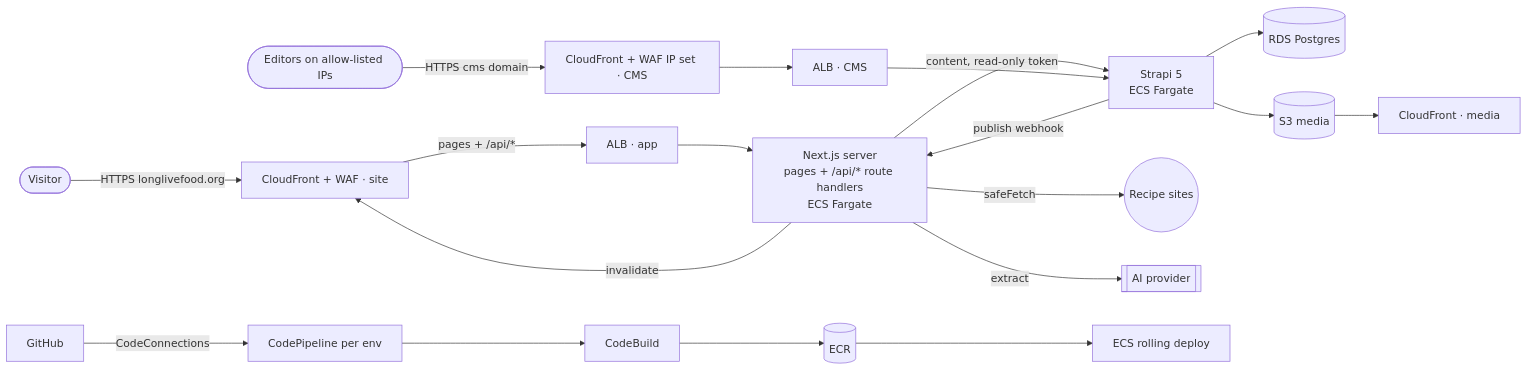
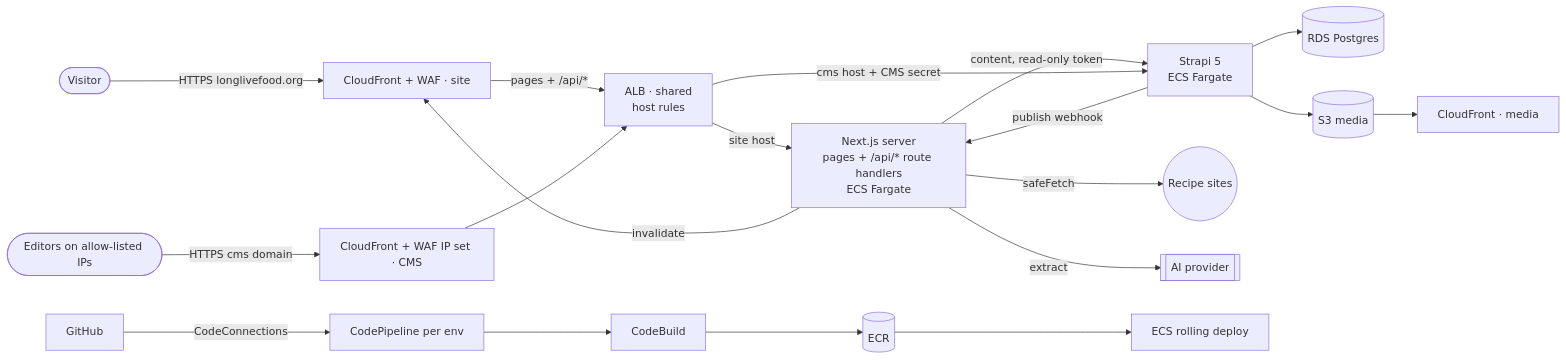
The second of 6 diagrams in docs/TDD.md (hancock01919sh/llf), drawn with Mermaid before and after one commit. The commit also changed other lines of this file, not shown here.

First line of the commit message:
docs(tdd): shared ALB per environment and non-bursting prod RDS (D36 update, v0.3.29)

````diff
--- a/docs/TDD.md
+++ b/docs/TDD.md
@@ -264,18 +264,19 @@
 ```mermaid
 flowchart LR
   user([Visitor]) -->|HTTPS longlivefood.org| cfs[CloudFront + WAF · site]
-  cfs -->|pages + /api/*| albapp[ALB · app]
-  albapp --> web[Next.js server<br/>pages + /api/* route handlers<br/>ECS Fargate]
+  cfs -->|pages + /api/*| alb[ALB · shared<br/>host rules]
+  alb -->|site host| web[Next.js server<br/>pages + /api/* route handlers<br/>ECS Fargate]
   web -->|content, read-only token| strapi
   web -->|safeFetch| www((Recipe sites))
   web -->|extract| ai[[AI provider]]
 
   editor([Editors on allow-listed IPs]) -->|HTTPS cms domain| cfc[CloudFront + WAF IP set · CMS]
-  cfc --> albcms[ALB · CMS] --> strapi[Strapi 5<br/>ECS Fargate]
+  cfc --> alb
+  alb -->|cms host + CMS secret| strapi[Strapi 5<br/>ECS Fargate]
   strapi --> rds[(RDS Postgres)]
   strapi --> s3m[(S3 media)] --> cfm[CloudFront · media]
   strapi -->|publish webhook| web
   web -->|invalidate| cfs
 
   gh[GitHub] -->|CodeConnections| cp[CodePipeline per env] --> cb[CodeBuild] --> ecr[(ECR)] --> ecs[ECS rolling deploy]
 ```
````
